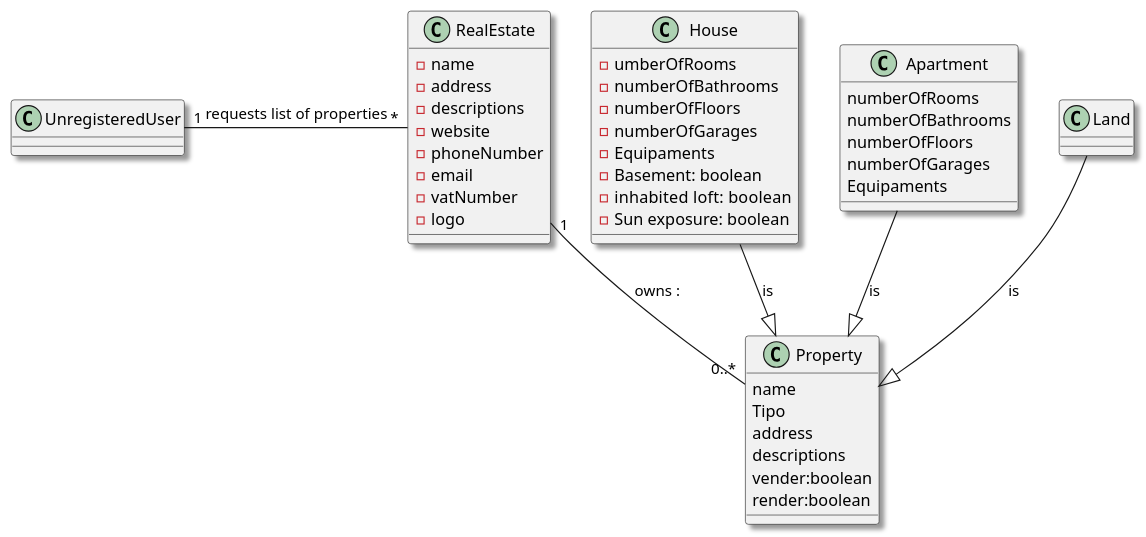
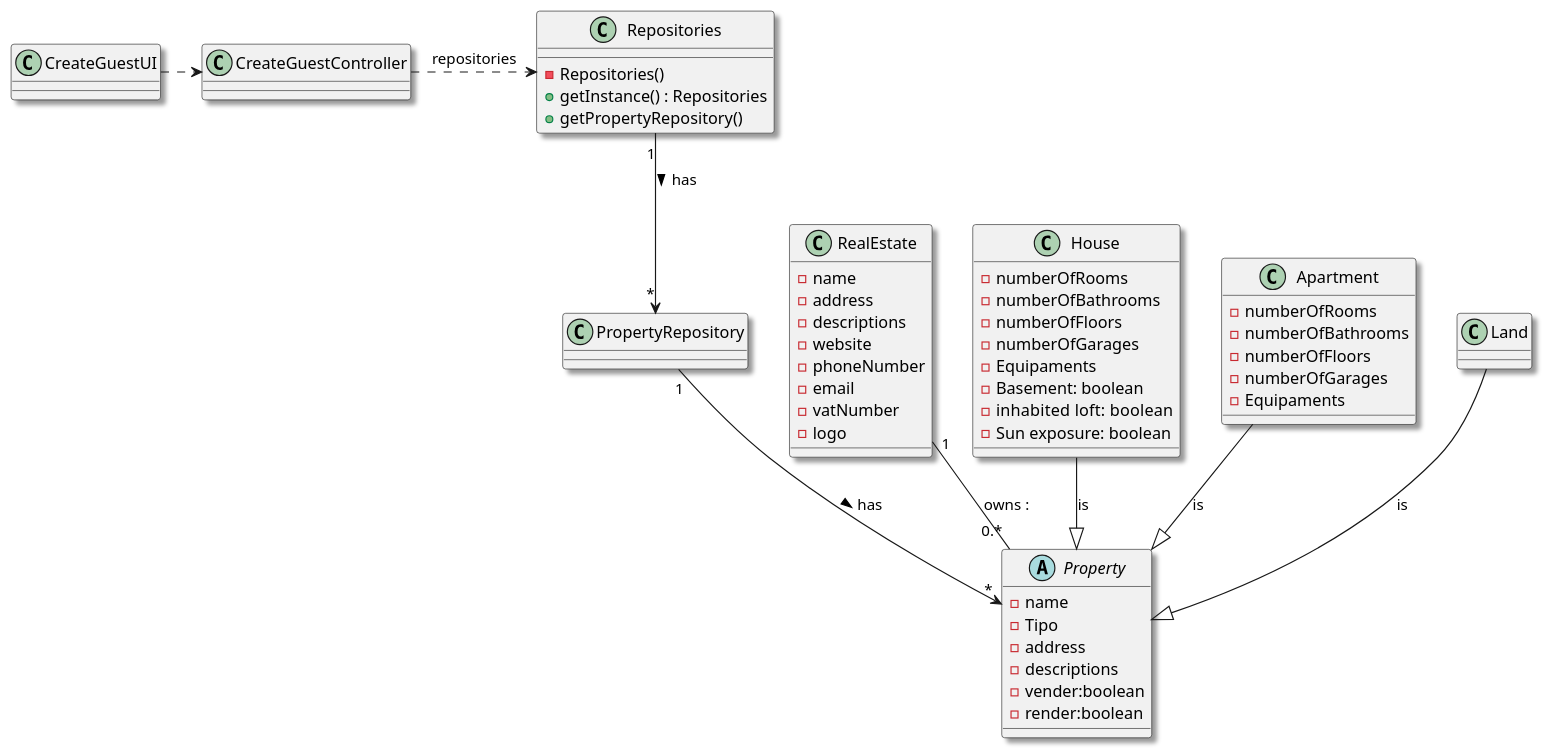
The diagram in lei-22-s2-1do-g68/docs/SprintB/us001/03.design/puml/us001-class-diagram.puml (hugosilva2901/lei-22-s2-1DO-g68), drawn with PlantUML before and after one commit. The commit also changed 7 other files, not shown here.

Commit message:
Update class diagram and ssd full us001

```diff
--- a/lei-22-s2-1do-g68/docs/SprintB/us001/03.design/puml/us001-class-diagram.puml
+++ b/lei-22-s2-1do-g68/docs/SprintB/us001/03.design/puml/us001-class-diagram.puml
@@ -1,58 +1,75 @@
 @startuml
 skinparam monochrome false
 skinparam packageStyle rectangle
 skinparam shadowing true
 top to bottom direction
 
-skinparam classAttributeIconSize "1"
+skinparam classAttributeIconSize "2"
 
 
 class RealEstate {
     - name
     - address
     - descriptions
     - website
     - phoneNumber
     - email
     - vatNumber
     - logo
 }
 class House{
-    - umberOfRooms
+    - numberOfRooms
     - numberOfBathrooms
-    -numberOfFloors
+    - numberOfFloors
     - numberOfGarages
     - Equipaments
     - Basement: boolean
     - inhabited  loft: boolean
     - Sun exposure: boolean
 }
 class Apartment{
-    numberOfRooms
-    numberOfBathrooms
-    numberOfFloors
-    numberOfGarages
-    Equipaments
+    - numberOfRooms
+    - numberOfBathrooms
+    - numberOfFloors
+    - numberOfGarages
+    - Equipaments
 
 }
 class Land{
 }
 abstract class Property {
-    name
-    Tipo
-    address
-    descriptions
-    vender:boolean
-    render:boolean
+    - name
+    - Tipo
+    - address
+    - descriptions
+    - vender:boolean
+    - render:boolean
 }
 
-class UnregisteredUser {}
-'is a user that has not yet registered
-class Property{}
+class Repositories {
+    - Repositories()
+    + getInstance() : Repositories
+    + getPropertyRepository()
 
+}
+class CreateGuestUI{
+}
+
+class CreateGuestController{
+
+}
+class PropertyRepository{
+
+}
+
+CreateGuestUI .> CreateGuestController
+CreateGuestController .> Repositories : repositories
+Repositories "1" --> "*" PropertyRepository : has >
+PropertyRepository "1" --> "*" Property : has >
 House  --|>  Property  : is
 Apartment  --|>  Property : is
 Land  --|>  Property : is
-RealEstate "1"--"0..*" Property: owns :
-UnregisteredUser "1" - "*" RealEstate: requests list of properties
+RealEstate "1"--"0.*" Property: owns :
+
+
 @enduml
```
